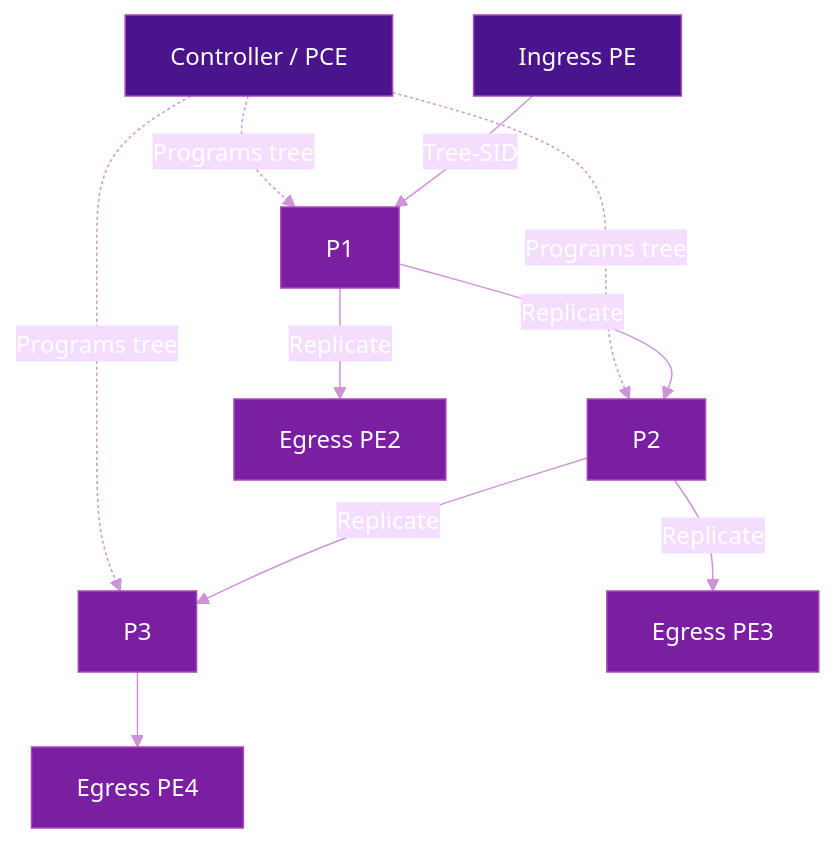
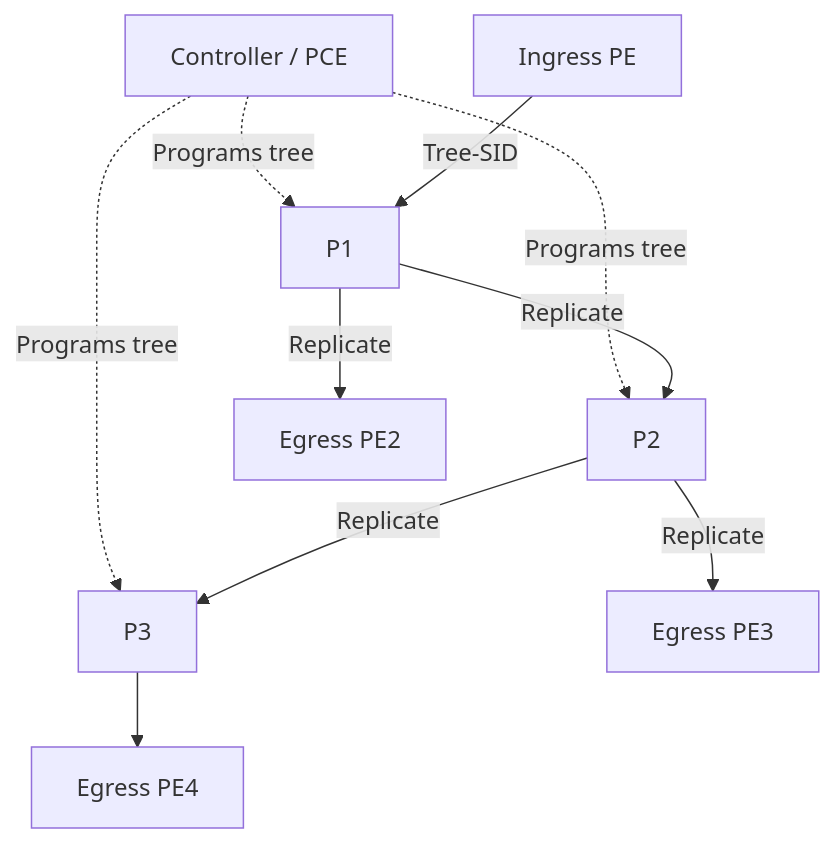
Before and after one commit to eldaninavas/srv6.md: the third of 4 diagrams in docs/topics/multicast.md, drawn with Mermaid. The commit also changed other lines of this file and 29 other files, not shown here.

First line of the commit message:
fix(mermaid): apply theme-aware colors site-wide

````diff
--- a/docs/topics/multicast.md
+++ b/docs/topics/multicast.md
@@ -153,23 +138,13 @@
 ```mermaid
-%%{init: {"theme": "base", "themeVariables": {"primaryTextColor": "#fff", "lineColor": "#ce93d8", "textColor": "#fff"}}}%%
 graph TD
     CTRL[Controller / PCE] -.->|Programs tree| P1
     CTRL -.->|Programs tree| P2
     CTRL -.->|Programs tree| P3
 
     PE1[Ingress PE] -->|Tree-SID| P1[P1]
     P1 -->|Replicate| P2[P2]
     P1 -->|Replicate| PE2[Egress PE2]
     P2 -->|Replicate| PE3[Egress PE3]
     P2 -->|Replicate| P3[P3]
     P3 --> PE4[Egress PE4]
-
-    style CTRL fill:#4a148c,color:#fff,stroke:#ab47bc
-    style PE1 fill:#4a148c,color:#fff,stroke:#ab47bc
-    style P1 fill:#7b1fa2,color:#fff,stroke:#ab47bc
-    style P2 fill:#7b1fa2,color:#fff,stroke:#ab47bc
-    style P3 fill:#7b1fa2,color:#fff,stroke:#ab47bc
-    style PE2 fill:#7b1fa2,color:#fff,stroke:#ab47bc
-    style PE3 fill:#7b1fa2,color:#fff,stroke:#ab47bc
-    style PE4 fill:#7b1fa2,color:#fff,stroke:#ab47bc
 ```
````
